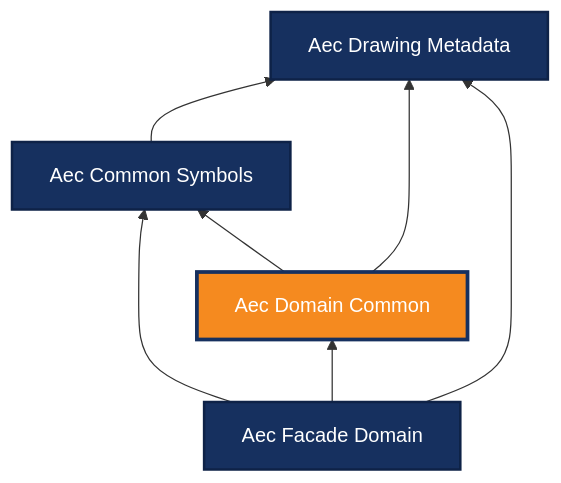
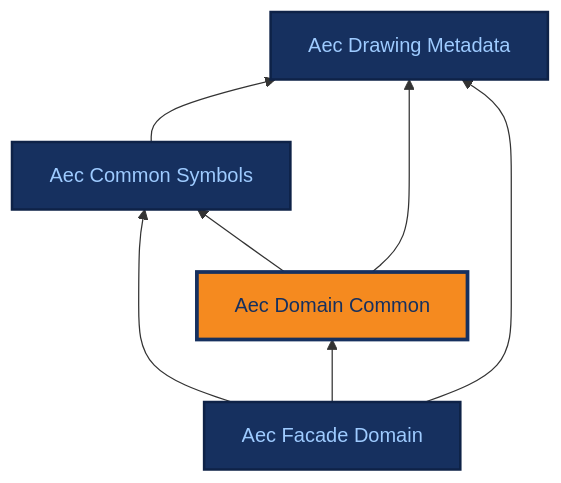
Before and after one commit to BuroHappoldMachineLearning/ADIRO: the diagram in docs/ontologies/aec_domain_common.md, drawn with Mermaid. The commit also changed 6 other files, not shown here.

First line of the commit message:
docs: legible diagram node text (light blue on navy, navy on orange)

````diff
--- a/docs/ontologies/aec_domain_common.md
+++ b/docs/ontologies/aec_domain_common.md
@@ -17,17 +17,17 @@
 ```mermaid
 graph BT
     aec_drawing_metadata["Aec Drawing Metadata"]
     aec_common_symbols["Aec Common Symbols"]
     aec_domain_common["Aec Domain Common"]
     aec_facade_domain["Aec Facade Domain"]
     aec_common_symbols --> aec_drawing_metadata
     aec_domain_common --> aec_common_symbols
     aec_domain_common --> aec_drawing_metadata
     aec_facade_domain --> aec_common_symbols
     aec_facade_domain --> aec_domain_common
     aec_facade_domain --> aec_drawing_metadata
-    classDef base fill:#16305f,stroke:#0e2247,stroke-width:2px,color:#ffffff;
+    classDef base fill:#16305f,stroke:#0e2247,stroke-width:2px,color:#9ecbff;
     class aec_drawing_metadata,aec_common_symbols,aec_facade_domain base;
-    classDef current fill:#f58a1f,stroke:#16305f,stroke-width:3px,color:#ffffff;
+    classDef current fill:#f58a1f,stroke:#16305f,stroke-width:3px,color:#16305f;
     class aec_domain_common current;
 ```
````
